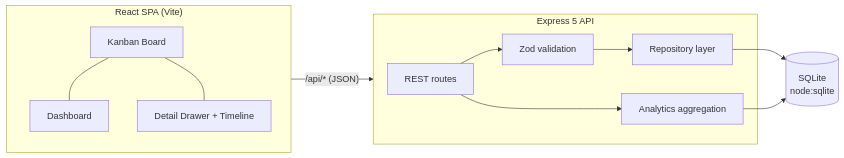
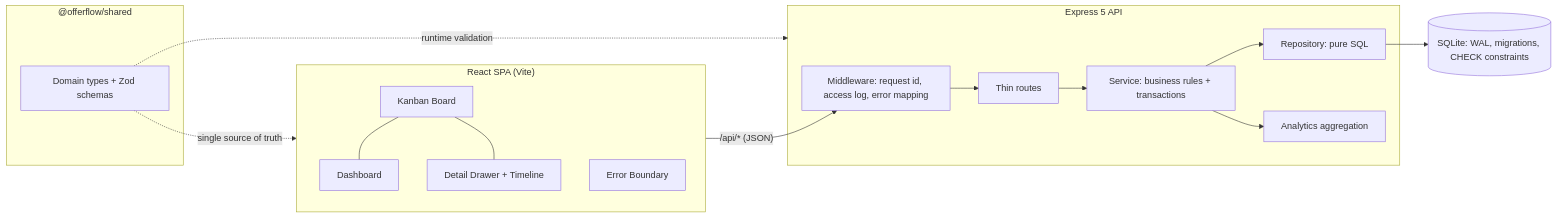
The diagram in README.md (kubiknubika/Blank), drawn with Mermaid before and after one commit. The commit also changed other lines of this file and 4 other files, not shown here.

Commit message:
docs: ADRs for contract, layering, migrations and observability; refresh README

````diff
--- a/README.md
+++ b/README.md
@@ -37,15 +37,21 @@
 ```mermaid
 flowchart LR
+    subgraph Shared["@offerflow/shared"]
+        Contract[Domain types + Zod schemas]
+    end
     subgraph Client["React SPA (Vite)"]
         UI[Kanban Board] --- Dash[Dashboard]
         UI --- Drawer[Detail Drawer + Timeline]
+        EB[Error Boundary]
     end
     subgraph Server["Express 5 API"]
-        Routes[REST routes] --> Zod[Zod validation]
-        Zod --> Repo[Repository layer]
-        Routes --> Analytics[Analytics aggregation]
+        MW[Middleware: request id, access log, error mapping]
+        Routes[Thin routes] --> Service[Service: business rules + transactions]
+        Service --> Repo[Repository: pure SQL]
+        Service --> Analytics[Analytics aggregation]
     end
-    Client -- "/api/* (JSON)" --> Server
-    Repo --> DB[(SQLite\nnode:sqlite)]
-    Analytics --> DB
+    Contract -. "single source of truth" .-> Client
+    Contract -. "runtime validation" .-> Server
+    Client -- "/api/* (JSON)" --> MW --> Routes
+    Repo --> DB[(SQLite: WAL, migrations, CHECK constraints)]
 ```
````
